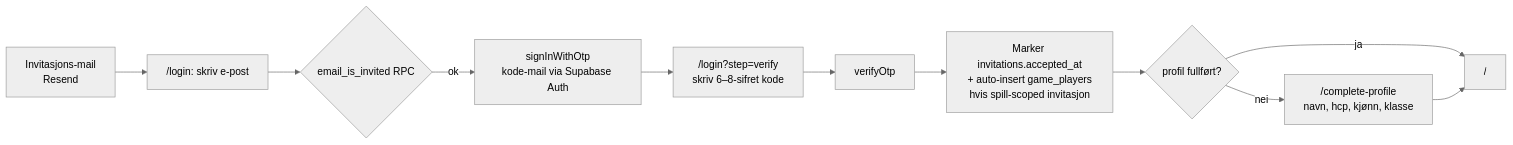
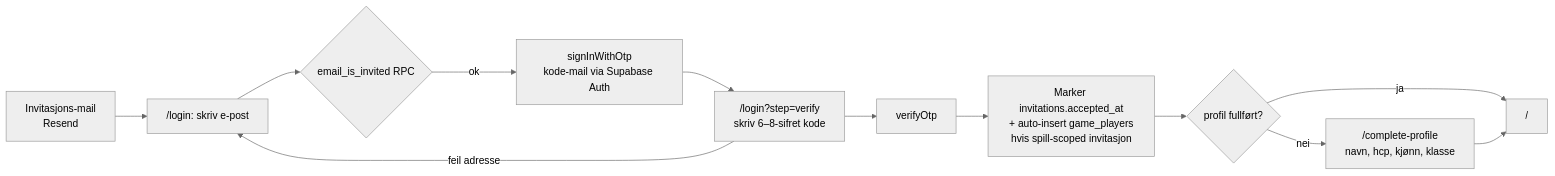
One commit to jdlarssen/golf-app changed the second of 6 diagrams in docs/user-flows.md. Above: the diagram before and after it, drawn with Mermaid (neutral theme). The commit also changed other lines of this file and 8 other files, not shown here.

````diff
--- a/docs/user-flows.md
+++ b/docs/user-flows.md
@@ -93,13 +93,14 @@
 ```mermaid
 flowchart LR
   A[Invitasjons-mail<br/>Resend] --> B["/login: skriv e-post"]
   B --> C{email_is_invited RPC}
   C -- ok --> D[signInWithOtp<br/>kode-mail via Supabase Auth]
   D --> E["/login?step=verify<br/>skriv 6–8-sifret kode"]
+  E -- feil adresse --> B
   E --> F[verifyOtp]
   F --> G[Marker invitations.accepted_at<br/>+ auto-insert game_players<br/>hvis spill-scoped invitasjon]
   G --> H{profil fullført?}
   H -- nei --> CP["/complete-profile<br/>navn, hcp, kjønn, klasse"]
   H -- ja --> Home["/"]
   CP --> Home
 ```
````
